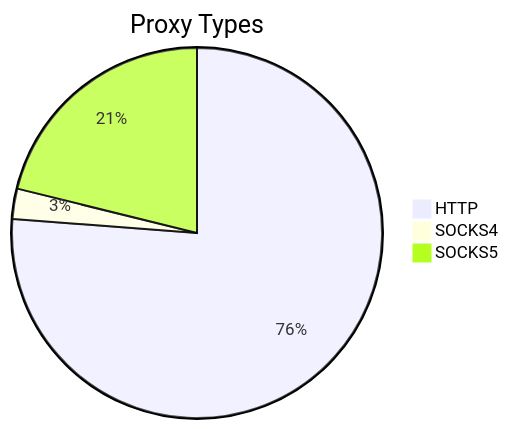
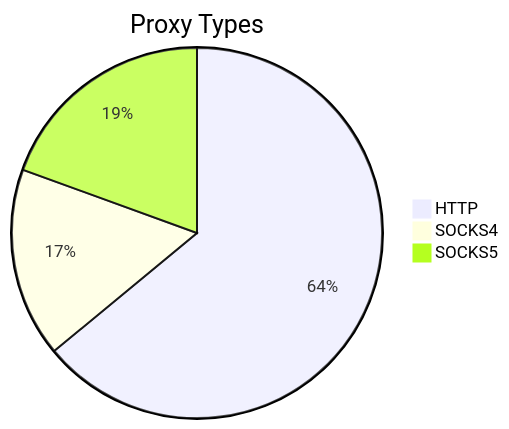
One commit to stormsia/proxy-list changed the first of 2 diagrams in README.md. Above: the diagram before and after it, drawn with Mermaid. The commit also changed other lines of this file, not shown here.

````diff
--- a/README.md
+++ b/README.md
@@ -21,6 +21,6 @@
 ```mermaid
 pie title Proxy Types
-    "HTTP" : 173
-    "SOCKS4" : 6
-    "SOCKS5" : 48
+    "HTTP" : 329
+    "SOCKS4" : 85
+    "SOCKS5" : 100
 ```
````
